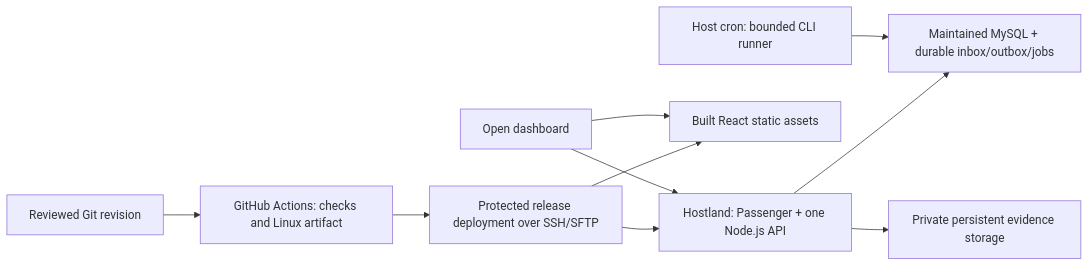
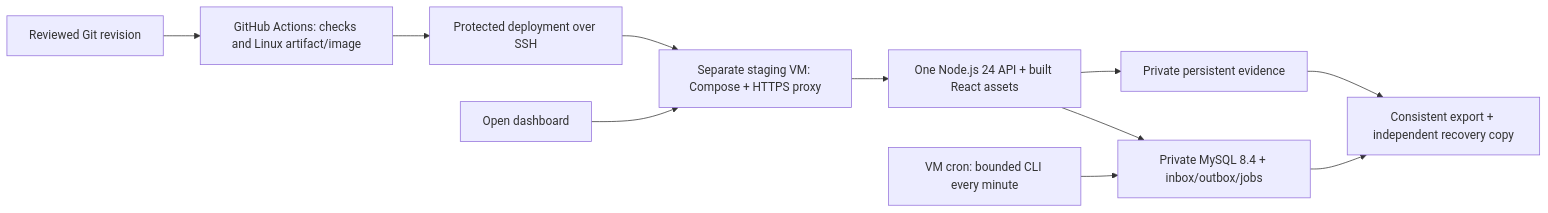
The diagram in docs/decisions/hosting.md (senukartur/vtc-dashboard), drawn with Mermaid before and after one commit. The commit also changed other lines of this file and 9 other files, not shown here.

Commit message:
docs: prioritize staging within USD 20 monthly and defer Hostland cutover

````diff
--- a/docs/decisions/hosting.md
+++ b/docs/decisions/hosting.md
@@ -13,12 +15,13 @@
 ```mermaid
 flowchart LR
-  Git["Reviewed Git revision"] --> CI["GitHub Actions: checks and Linux artifact"]
-  CI --> SSH["Protected release deployment over SSH/SFTP"]
-  SSH --> Web["Hostland: Passenger + one Node.js API"]
-  SSH --> UI["Built React static assets"]
-  Web --> DB["Maintained MySQL + durable inbox/outbox/jobs"]
-  Cron["Host cron: bounded CLI runner"] --> DB
-  Web --> Files["Private persistent evidence storage"]
-  Browser["Open dashboard"] --> UI
-  Browser --> Web
+  Git["Reviewed Git revision"] --> CI["GitHub Actions: checks and Linux artifact/image"]
+  CI --> SSH["Protected deployment over SSH"]
+  SSH --> VM["Separate staging VM: Compose + HTTPS proxy"]
+  Browser["Open dashboard"] --> VM
+  VM --> App["One Node.js 24 API + built React assets"]
+  App --> DB["Private MySQL 8.4 + inbox/outbox/jobs"]
+  Cron["VM cron: bounded CLI every minute"] --> DB
+  App --> Files["Private persistent evidence"]
+  DB --> Export["Consistent export + independent recovery copy"]
+  Files --> Export
 ```
````
